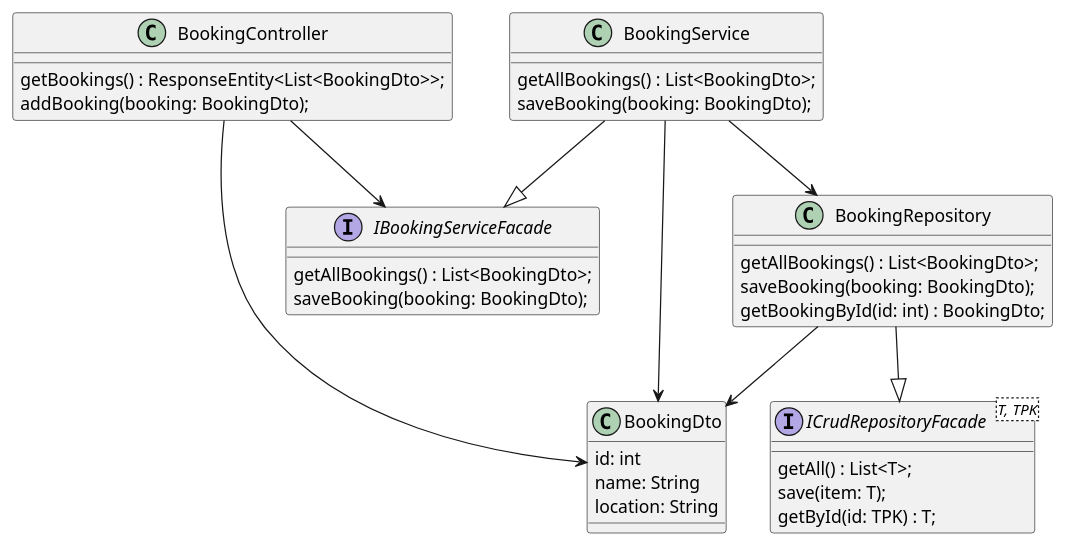
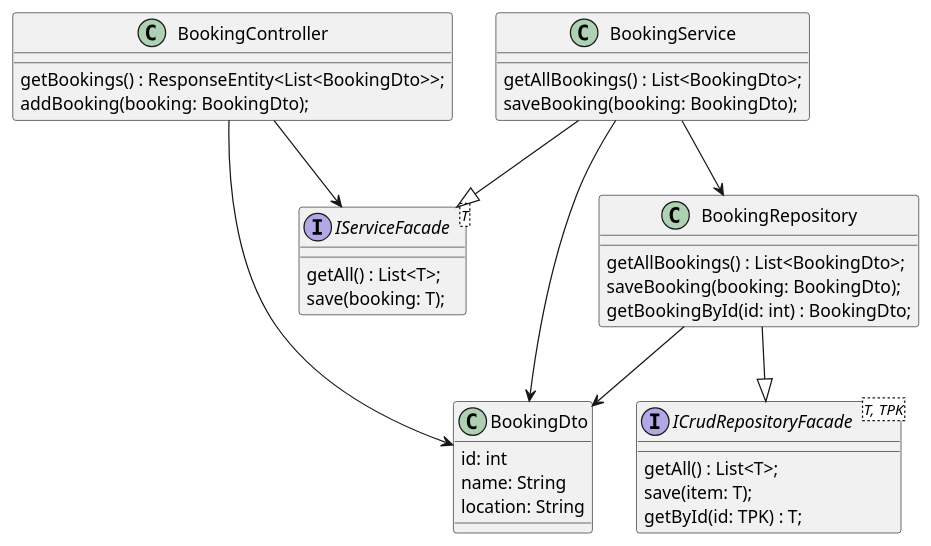
Before and after one commit to AIM-ENE-feb25/triptop-groep-b3: the diagram in opdracht-diagrammen/week2/les3/class-diagram-facade.puml, drawn with PlantUML.

Commit message:
turned service into a facade service

```diff
--- a/opdracht-diagrammen/week2/les3/class-diagram-facade.puml
+++ b/opdracht-diagrammen/week2/les3/class-diagram-facade.puml
@@ -1,50 +1,50 @@
 @startuml
 
 ' gekozen ontwerpvraag:
 ' Hoe zorg je ervoor dat je bij een wijziging in de datastructuur van een externe service niet de hele applicatie hoeft aan te passen?
 
 class BookingController {
     getBookings() : ResponseEntity<List<BookingDto>>;
     addBooking(booking: BookingDto);
 }
 
 class BookingService {
     getAllBookings() : List<BookingDto>;
     saveBooking(booking: BookingDto);
 }
 
-interface IBookingServiceFacade {
-    getAllBookings() : List<BookingDto>;
-    saveBooking(booking: BookingDto);
+interface IServiceFacade<T> {
+    getAll() : List<T>;
+    save(booking: T);
 }
 
 class BookingRepository {
     getAllBookings() : List<BookingDto>;
     saveBooking(booking: BookingDto);
     getBookingById(id: int) : BookingDto;
 }
 
 
 class BookingDto {
     id: int
     name: String
     location: String
 }
 
 interface ICrudRepositoryFacade<T, TPK> {
     getAll() : List<T>;
     save(item: T);
     getById(id: TPK) : T;
 }
 
-BookingController --> IBookingServiceFacade
-BookingService --|> IBookingServiceFacade
+BookingController --> IServiceFacade
+BookingService --|> IServiceFacade
 BookingService --> BookingRepository
 
 BookingController --> BookingDto
 BookingService --> BookingDto
 BookingRepository --> BookingDto
 
 BookingRepository --|> ICrudRepositoryFacade
 
 @enduml
```
